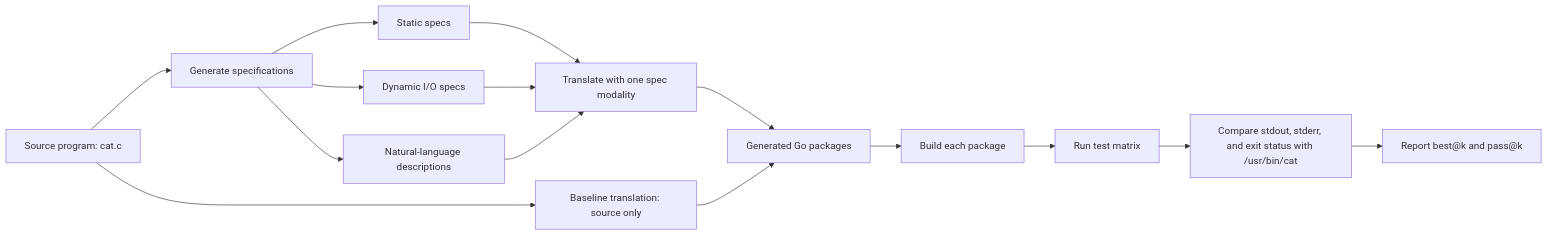
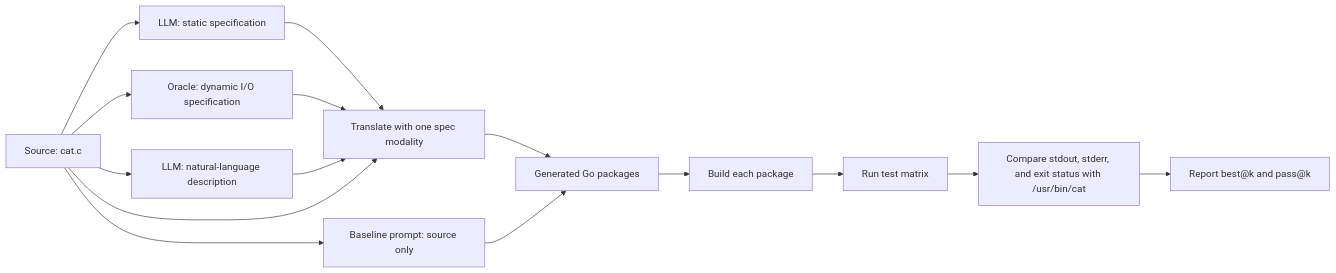
Before and after one commit to talDoFlemis/evolucao-de-software: the first of 3 diagrams in README.md, drawn with Mermaid. The commit also changed other lines of this file and 1 other file, not shown here.

````diff
--- a/README.md
+++ b/README.md
@@ -11,17 +18,17 @@
 ```mermaid
 flowchart LR
-    A[Source program: cat.c] --> B[Generate specifications]
-    B --> C1[Static specs]
-    B --> C2[Dynamic I/O specs]
-    B --> C3[Natural-language descriptions]
+    A[Source: cat.c] --> C1[LLM: static specification]
+    A --> C2[Oracle: dynamic I/O specification]
+    A --> C3[LLM: natural-language description]
+    A --> E[Baseline prompt: source only]
     C1 --> D[Translate with one spec modality]
     C2 --> D
     C3 --> D
-    A --> E[Baseline translation: source only]
+    A --> D
     D --> F[Generated Go packages]
     E --> F
     F --> G[Build each package]
     G --> H[Run test matrix]
     H --> I[Compare stdout, stderr, and exit status with /usr/bin/cat]
     I --> J[Report best@k and pass@k]
 ```
````
